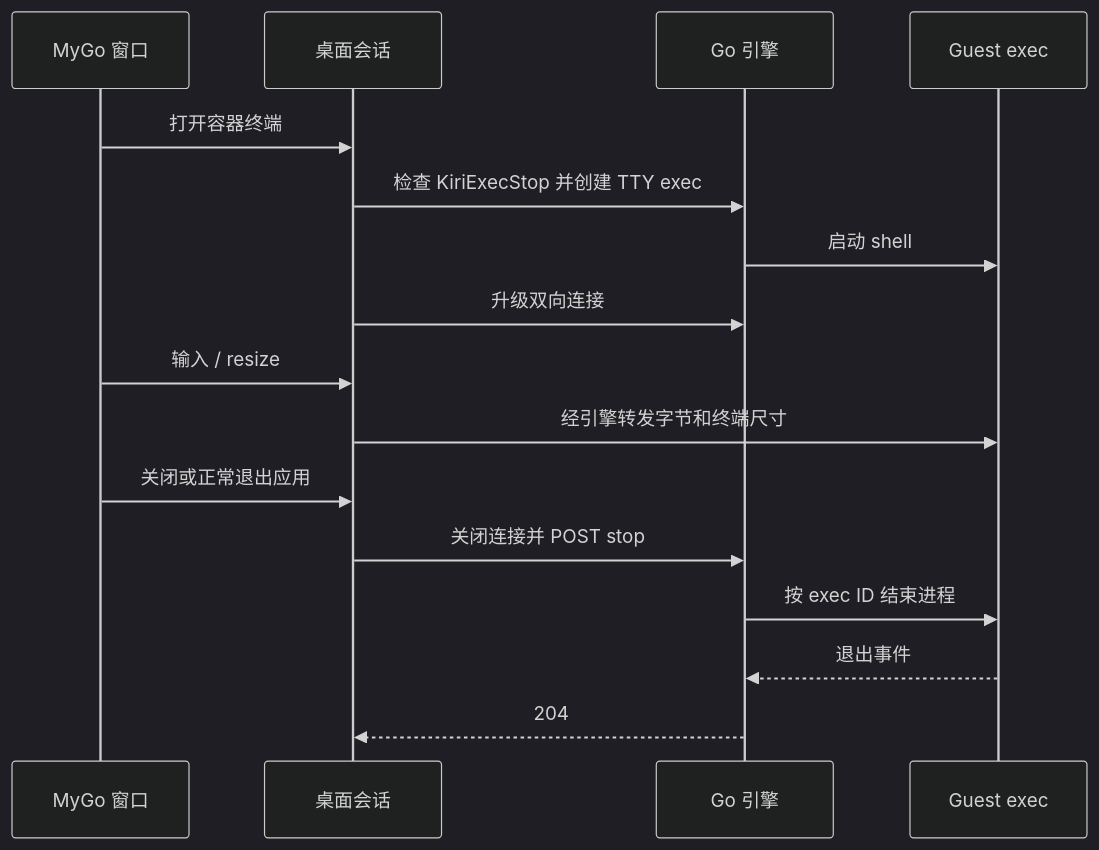
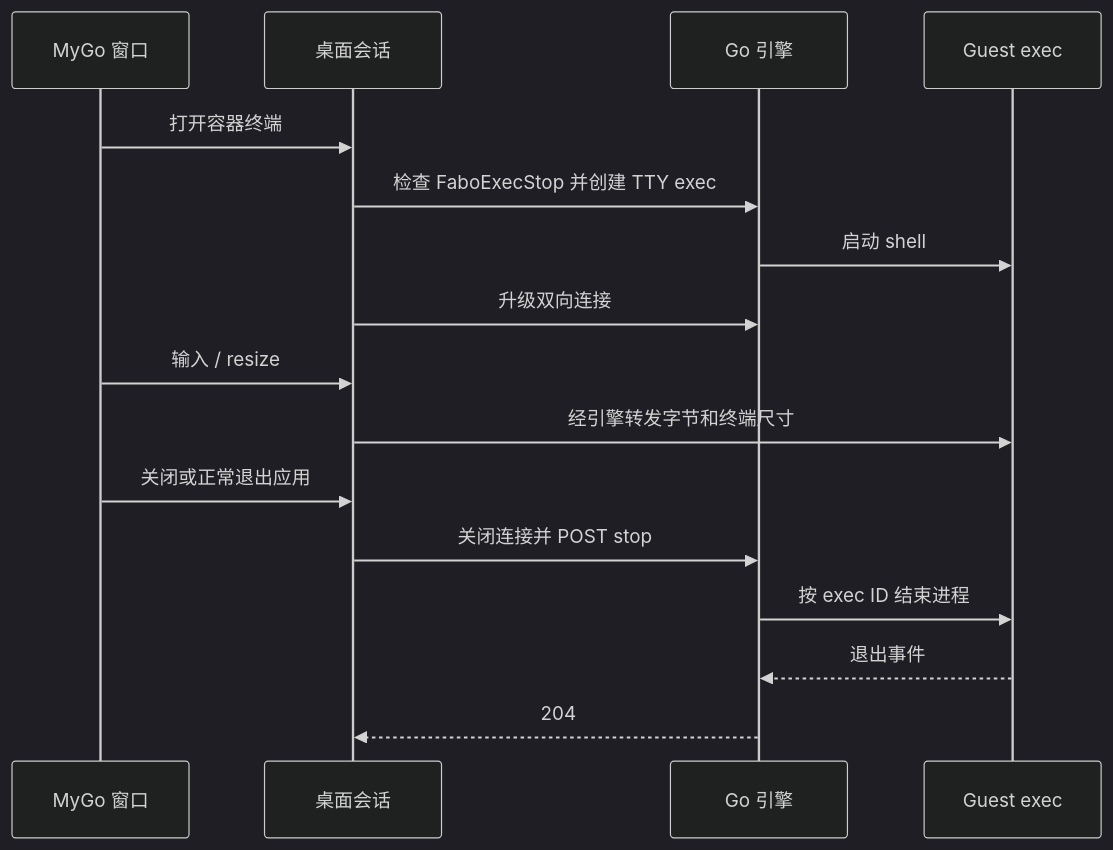
One commit to OpenFabrica/Fabo changed the diagram in docs/desktop-streams.md. Above: the diagram before and after it, drawn with Mermaid (dark theme). The commit also changed other lines of this file and 473 other files, not shown here.

First line of the commit message:
refactor: rename the project's own kiri identity to fabo

````diff
--- a/docs/desktop-streams.md
+++ b/docs/desktop-streams.md
@@ -33,18 +33,18 @@
 ```mermaid
 sequenceDiagram
     participant UI as MyGo 窗口
     participant Session as 桌面会话
     participant Engine as Go 引擎
     participant Guest as Guest exec
     UI->>Session: 打开容器终端
-    Session->>Engine: 检查 KiriExecStop 并创建 TTY exec
+    Session->>Engine: 检查 FaboExecStop 并创建 TTY exec
     Engine->>Guest: 启动 shell
     Session->>Engine: 升级双向连接
     UI->>Session: 输入 / resize
     Session->>Guest: 经引擎转发字节和终端尺寸
     UI->>Session: 关闭或正常退出应用
     Session->>Engine: 关闭连接并 POST stop
     Engine->>Guest: 按 exec ID 结束进程
     Guest-->>Engine: 退出事件
     Engine-->>Session: 204
 ```
````
